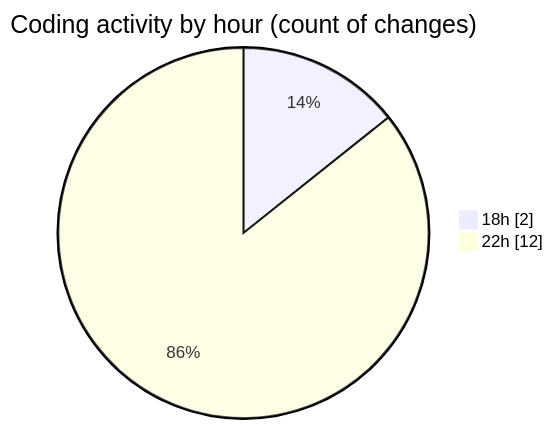
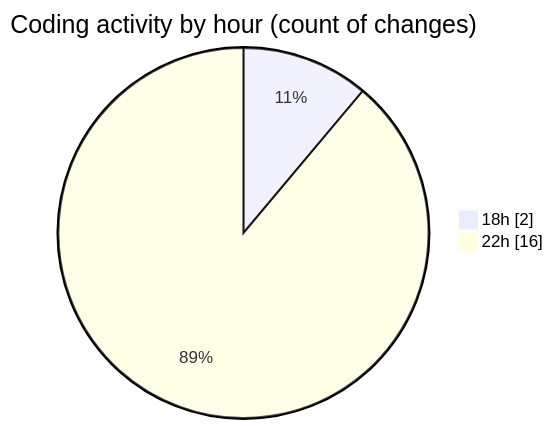
One commit to julien-gomy/code-tracking changed the second of 2 diagrams in 2025-11-17/cdp_aleoudev_fr__workspace_/README.md. Above: the diagram before and after it, drawn with Mermaid. The commit also changed other lines of this file and 1 other file, not shown here.

````diff
--- a/2025-11-17/cdp_aleoudev_fr__workspace_/README.md
+++ b/2025-11-17/cdp_aleoudev_fr__workspace_/README.md
@@ -31,6 +32,6 @@
 ```mermaid
 pie showData
 title Coding activity by hour (count of changes)
 "18h" : 2
-"22h" : 12
+"22h" : 16
 ```
````
